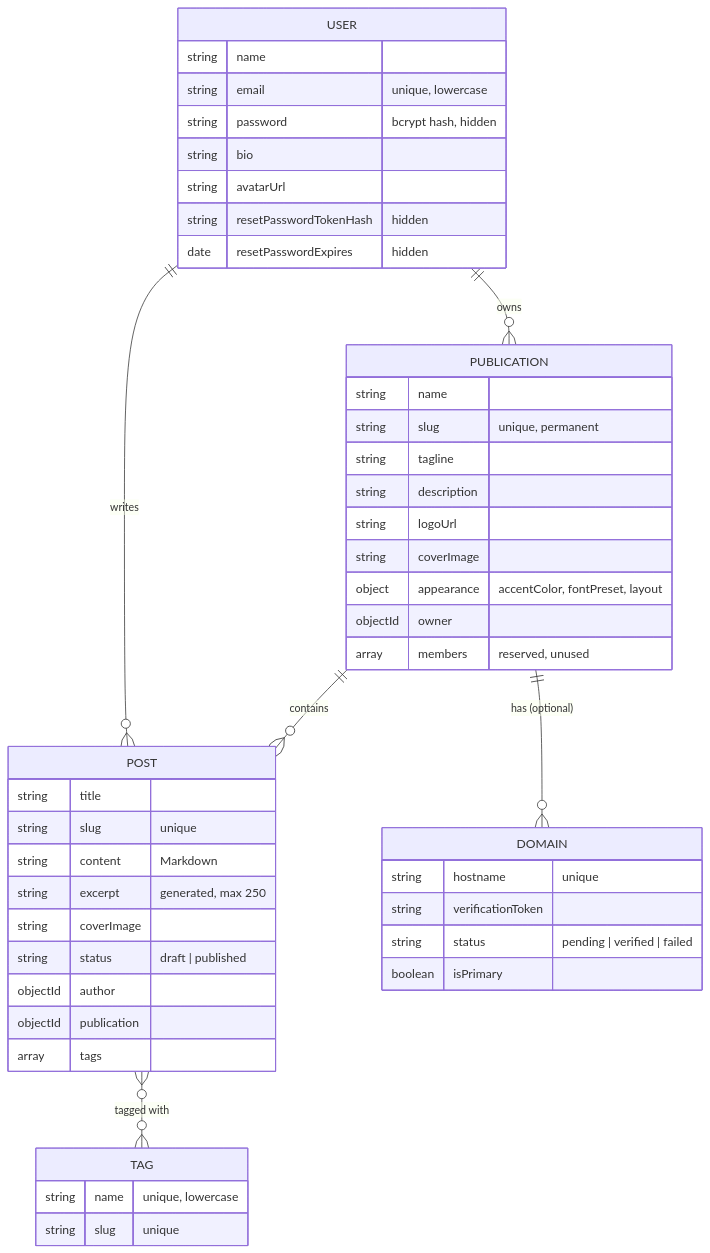
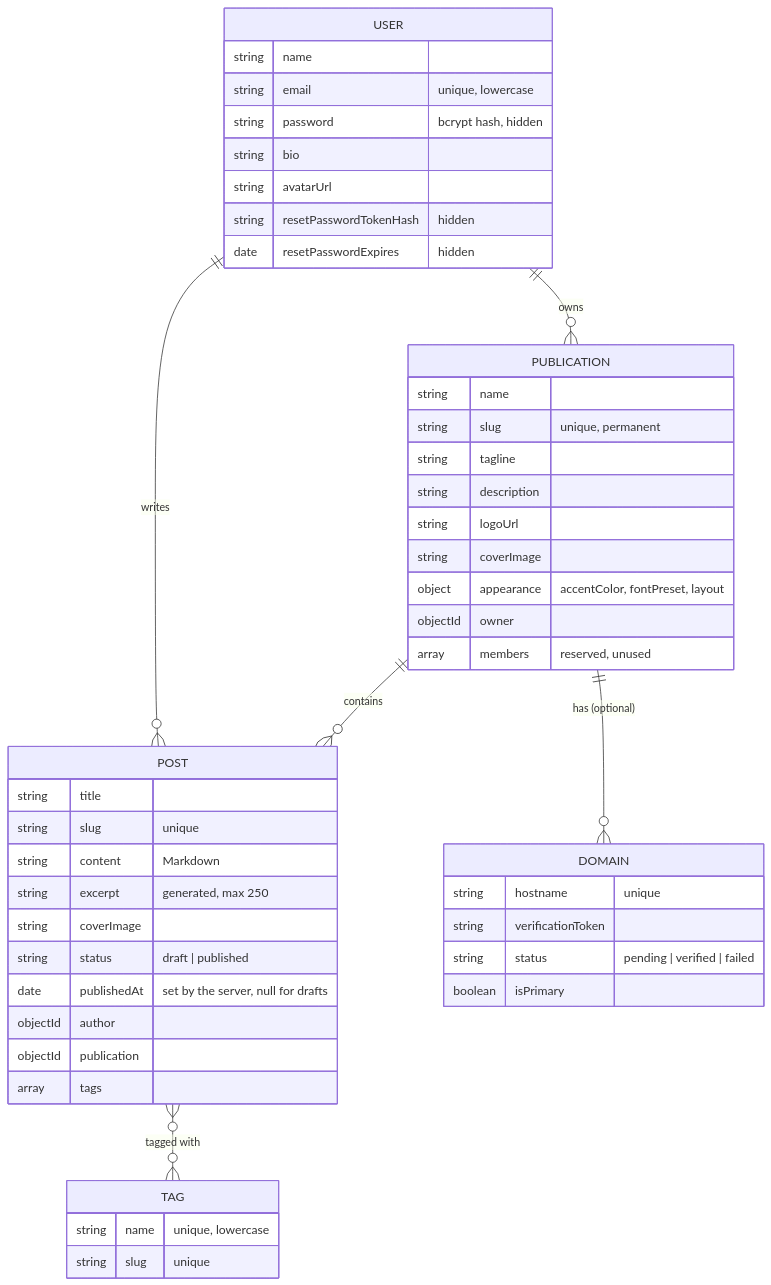
Before and after one commit to laharisrgupta06/hashnode-clone: the third of 4 diagrams in docs/ARCHITECTURE.md, drawn with Mermaid. The commit also changed other lines of this file and 23 other files, not shown here.

````diff
--- a/docs/ARCHITECTURE.md
+++ b/docs/ARCHITECTURE.md
@@ -157,49 +159,50 @@
 ```mermaid
 erDiagram
     USER ||--o{ PUBLICATION : owns
     USER ||--o{ POST : writes
     PUBLICATION ||--o{ POST : contains
     PUBLICATION ||--o{ DOMAIN : "has (optional)"
     POST }o--o{ TAG : "tagged with"
     USER {
       string name
       string email "unique, lowercase"
       string password "bcrypt hash, hidden"
       string bio
       string avatarUrl
       string resetPasswordTokenHash "hidden"
       date resetPasswordExpires "hidden"
     }
     PUBLICATION {
       string name
       string slug "unique, permanent"
       string tagline
       string description
       string logoUrl
       string coverImage
       object appearance "accentColor, fontPreset, layout"
       objectId owner
       array members "reserved, unused"
     }
     POST {
       string title
       string slug "unique"
       string content "Markdown"
       string excerpt "generated, max 250"
       string coverImage
       string status "draft | published"
+      date publishedAt "set by the server, null for drafts"
       objectId author
       objectId publication
       array tags
     }
     TAG {
       string name "unique, lowercase"
       string slug "unique"
     }
     DOMAIN {
       string hostname "unique"
       string verificationToken
       string status "pending | verified | failed"
       boolean isPrimary
     }
 ```
````
